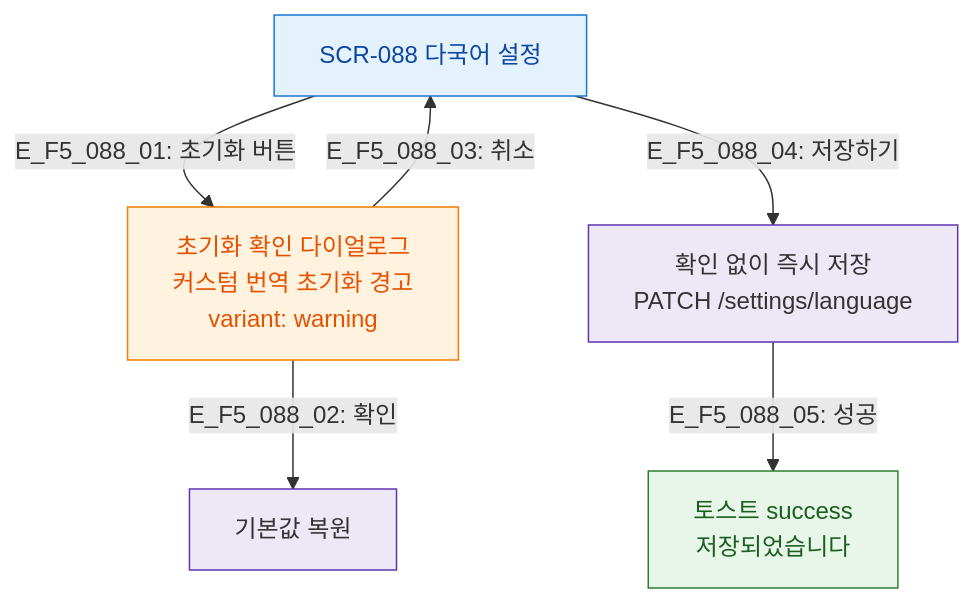
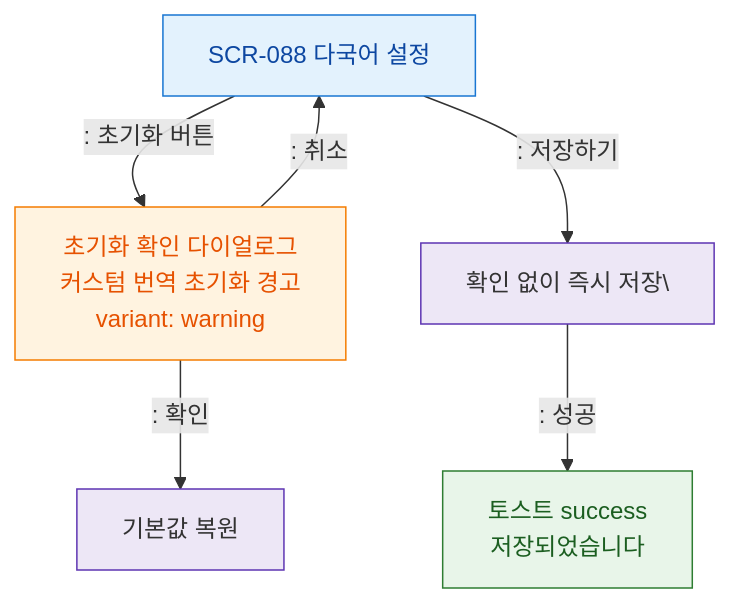
One commit to dev-spogym/admin-pando changed the diagram in docs/다이어그램/D09_설정관리/SCR-088_다국어설정/F5_모달트리거.md. Above: the diagram before and after it, drawn with Mermaid. The commit also changed other lines of this file and 1660 other files, not shown here.

First line of the commit message:
다이어그램: 기획자/클라이언트 납품본으로 정리

````diff
--- a/docs/다이어그램/D09_설정관리/SCR-088_다국어설정/F5_모달트리거.md
+++ b/docs/다이어그램/D09_설정관리/SCR-088_다국어설정/F5_모달트리거.md
@@ -14,21 +12,21 @@
 ```mermaid
 flowchart TD
     SCR088[SCR-088 다국어 설정]
 
-    SCR088 -->|"E_F5_088_01: 초기화 버튼"| DLG_Reset[초기화 확인 다이얼로그\n커스텀 번역 초기화 경고\nvariant: warning]
-    DLG_Reset -->|"E_F5_088_02: 확인"| ACT_Reset[기본값 복원]
-    DLG_Reset -->|"E_F5_088_03: 취소"| SCR088
+    SCR088 -->|": 초기화 버튼"|DLG_Reset[초기화 확인 다이얼로그\n커스텀 번역 초기화 경고\nvariant: warning]
+    DLG_Reset -->|": 확인"|ACT_Reset[기본값 복원]
+    DLG_Reset -->|": 취소"|SCR088
 
-    SCR088 -->|"E_F5_088_04: 저장하기"| DirectSave[확인 없이 즉시 저장\nPATCH /settings/language]
-    DirectSave -->|"E_F5_088_05: 성공"| T_SaveOK[토스트 success\n저장되었습니다]
+    SCR088 -->|": 저장하기"|DirectSave[확인 없이 즉시 저장\]
+    DirectSave -->|": 성공"|T_SaveOK[토스트 success\n저장되었습니다]
 
     classDef screen fill:#E3F2FD,stroke:#1976D2,color:#0D47A1
     classDef newFeature fill:#F3E5F5,stroke:#7B1FA2,color:#4A148C,stroke-dasharray:4 2
     classDef modal fill:#FFF3E0,stroke:#F57C00,color:#E65100
     classDef success fill:#E8F5E9,stroke:#2E7D32,color:#1B5E20
     classDef system fill:#EDE7F6,stroke:#5E35B2
     class SCR088 screen
     class DLG_Reset modal
     class T_SaveOK success
     class DirectSave,ACT_Reset system
 ```
````
